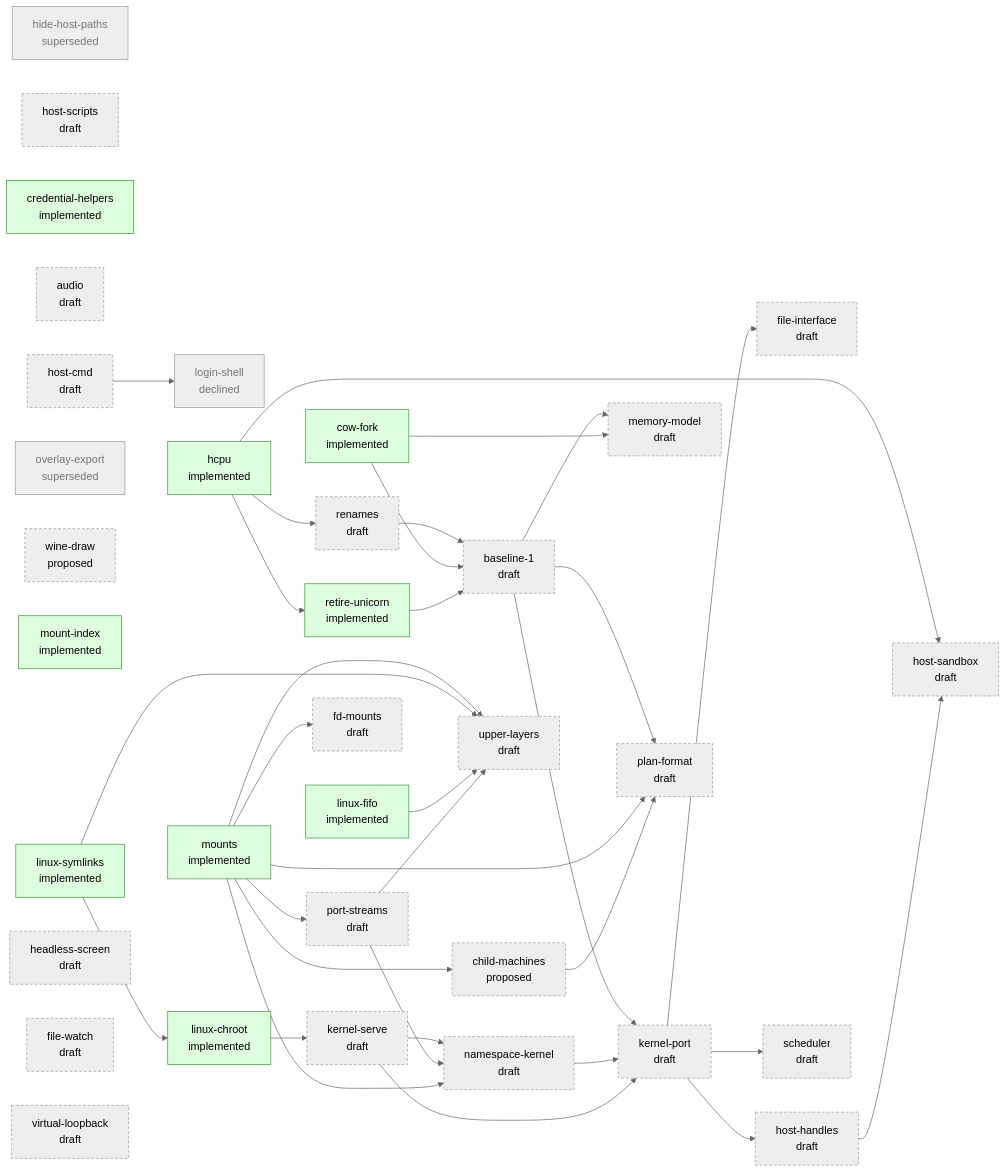
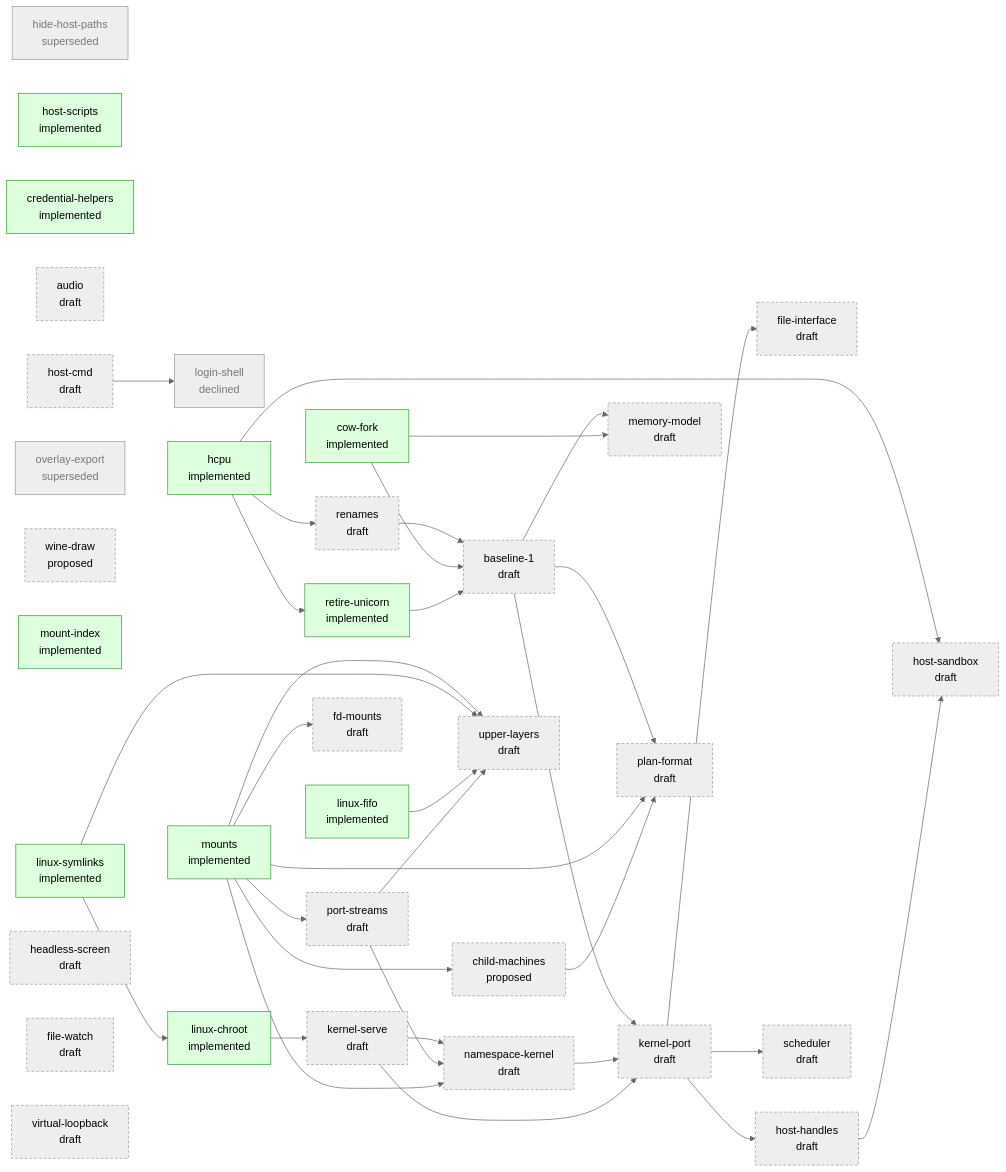
The diagram in design/STATUS.md (progrium/hyper9), drawn with Mermaid (neutral theme) before and after one commit. The commit also changed other lines of this file, not shown here.

Commit message:
design: regenerate STATUS.md

````diff
--- a/design/STATUS.md
+++ b/design/STATUS.md
@@ -44,72 +44,72 @@
 ```mermaid
 flowchart LR
   classDef draft stroke-dasharray: 4 3
   classDef accepted stroke-width: 2px
   classDef implemented fill:#dfd,stroke:#393
   classDef closed fill:#eee,stroke:#999,color:#777
   p_hide_host_paths["hide-host-paths<br/>superseded"]:::closed
   p_host_sandbox["host-sandbox<br/>draft"]:::draft
-  p_host_scripts["host-scripts<br/>draft"]:::draft
+  p_host_scripts["host-scripts<br/>implemented"]:::implemented
   p_credential_helpers["credential-helpers<br/>implemented"]:::implemented
   p_audio["audio<br/>draft"]:::draft
   p_host_cmd["host-cmd<br/>draft"]:::draft
   p_overlay_export["overlay-export<br/>superseded"]:::closed
   p_login_shell["login-shell<br/>declined"]:::closed
   p_child_machines["child-machines<br/>proposed"]:::draft
   p_cow_fork["cow-fork<br/>implemented"]:::implemented
   p_wine_draw["wine-draw<br/>proposed"]:::draft
   p_mount_index["mount-index<br/>implemented"]:::implemented
   p_hcpu["hcpu<br/>implemented"]:::implemented
   p_kernel_serve["kernel-serve<br/>draft"]:::draft
   p_namespace_kernel["namespace-kernel<br/>draft"]:::draft
   p_port_streams["port-streams<br/>draft"]:::draft
   p_linux_fifo["linux-fifo<br/>implemented"]:::implemented
   p_mounts["mounts<br/>implemented"]:::implemented
   p_baseline_1["baseline-1<br/>draft"]:::draft
   p_file_interface["file-interface<br/>draft"]:::draft
   p_host_handles["host-handles<br/>draft"]:::draft
   p_kernel_port["kernel-port<br/>draft"]:::draft
   p_linux_symlinks["linux-symlinks<br/>implemented"]:::implemented
   p_memory_model["memory-model<br/>draft"]:::draft
   p_plan_format["plan-format<br/>draft"]:::draft
   p_renames["renames<br/>draft"]:::draft
   p_retire_unicorn["retire-unicorn<br/>implemented"]:::implemented
   p_scheduler["scheduler<br/>draft"]:::draft
   p_fd_mounts["fd-mounts<br/>draft"]:::draft
   p_upper_layers["upper-layers<br/>draft"]:::draft
   p_headless_screen["headless-screen<br/>draft"]:::draft
   p_file_watch["file-watch<br/>draft"]:::draft
   p_linux_chroot["linux-chroot<br/>implemented"]:::implemented
   p_virtual_loopback["virtual-loopback<br/>draft"]:::draft
   p_hcpu --> p_host_sandbox
   p_host_handles --> p_host_sandbox
   p_host_cmd --> p_login_shell
   p_mounts --> p_child_machines
   p_linux_chroot --> p_kernel_serve
   p_kernel_serve --> p_namespace_kernel
   p_port_streams --> p_namespace_kernel
   p_mounts --> p_namespace_kernel
   p_mounts --> p_port_streams
   p_renames --> p_baseline_1
   p_cow_fork --> p_baseline_1
   p_retire_unicorn --> p_baseline_1
   p_kernel_port --> p_file_interface
   p_kernel_port --> p_host_handles
   p_baseline_1 --> p_kernel_port
   p_namespace_kernel --> p_kernel_port
   p_kernel_serve --> p_kernel_port
   p_baseline_1 --> p_memory_model
   p_cow_fork --> p_memory_model
   p_baseline_1 --> p_plan_format
   p_mounts --> p_plan_format
   p_child_machines --> p_plan_format
   p_hcpu --> p_renames
   p_hcpu --> p_retire_unicorn
   p_kernel_port --> p_scheduler
   p_mounts --> p_fd_mounts
   p_mounts --> p_upper_layers
   p_linux_symlinks --> p_upper_layers
   p_linux_fifo --> p_upper_layers
   p_port_streams --> p_upper_layers
   p_linux_symlinks --> p_linux_chroot
 ```
````
